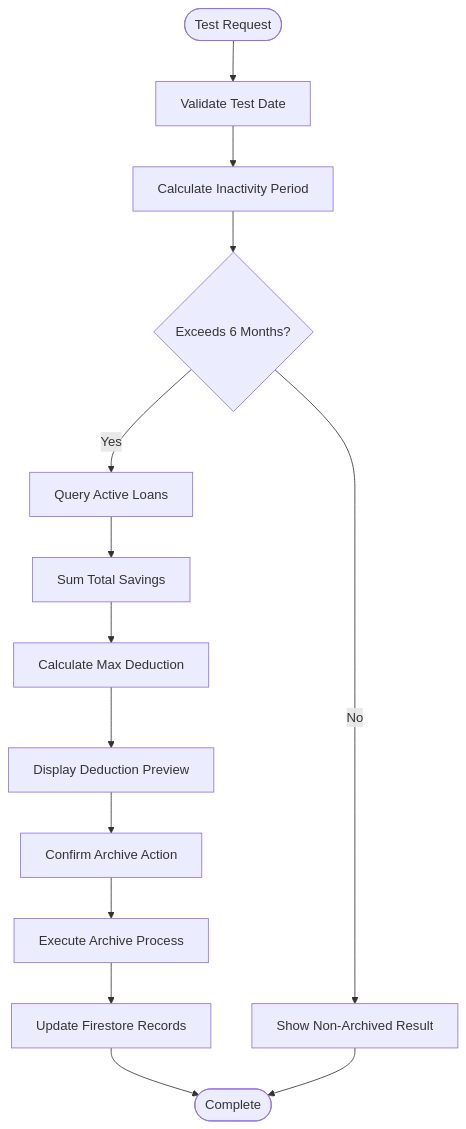
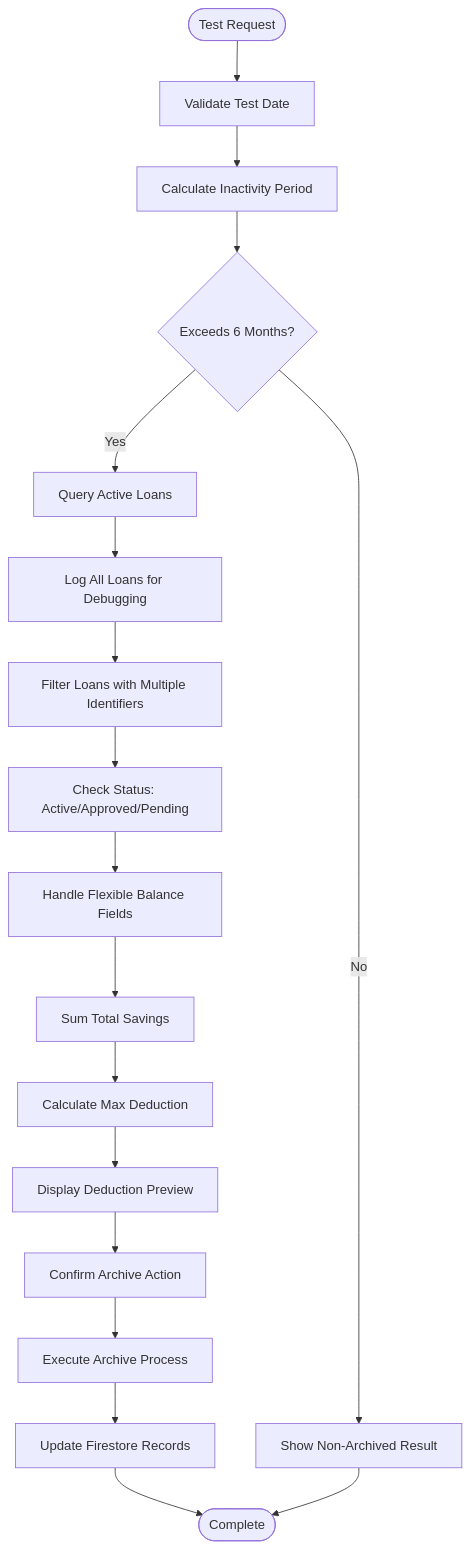
The fourth of 9 diagrams in .qoder/repowiki/en/content/Member Details Modal.md (Unsure-bry/sampacoop_system), drawn with Mermaid before and after one commit. The commit also changed other lines of this file and 7 other files, not shown here.

````diff
--- a/.qoder/repowiki/en/content/Member Details Modal.md
+++ b/.qoder/repowiki/en/content/Member Details Modal.md
@@ -181,16 +237,20 @@
 ```mermaid
 flowchart TD
 TestStart([Test Request]) --> ValidateDate["Validate Test Date"]
 ValidateDate --> CalcInactive["Calculate Inactivity Period"]
 CalcInactive --> CheckThreshold{"Exceeds 6 Months?"}
 CheckThreshold --> |Yes| CheckLoans["Query Active Loans"]
 CheckThreshold --> |No| ShowResult["Show Non-Archived Result"]
-CheckLoans --> SumSavings["Sum Total Savings"]
+CheckLoans --> LogLoans["Log All Loans for Debugging"]
+LogLoans --> FilterLoans["Filter Loans with Multiple Identifiers"]
+FilterLoans --> CheckStatus["Check Status: Active/Approved/Pending"]
+CheckStatus --> HandleBalances["Handle Flexible Balance Fields"]
+HandleBalances --> SumSavings["Sum Total Savings"]
 SumSavings --> CalcDeduction["Calculate Max Deduction"]
 CalcDeduction --> ShowPreview["Display Deduction Preview"]
 ShowPreview --> ConfirmArchive["Confirm Archive Action"]
 ConfirmArchive --> ExecuteArchive["Execute Archive Process"]
 ExecuteArchive --> UpdateFirestore["Update Firestore Records"]
 UpdateFirestore --> Complete([Complete])
 ShowResult --> Complete
 ```
````
